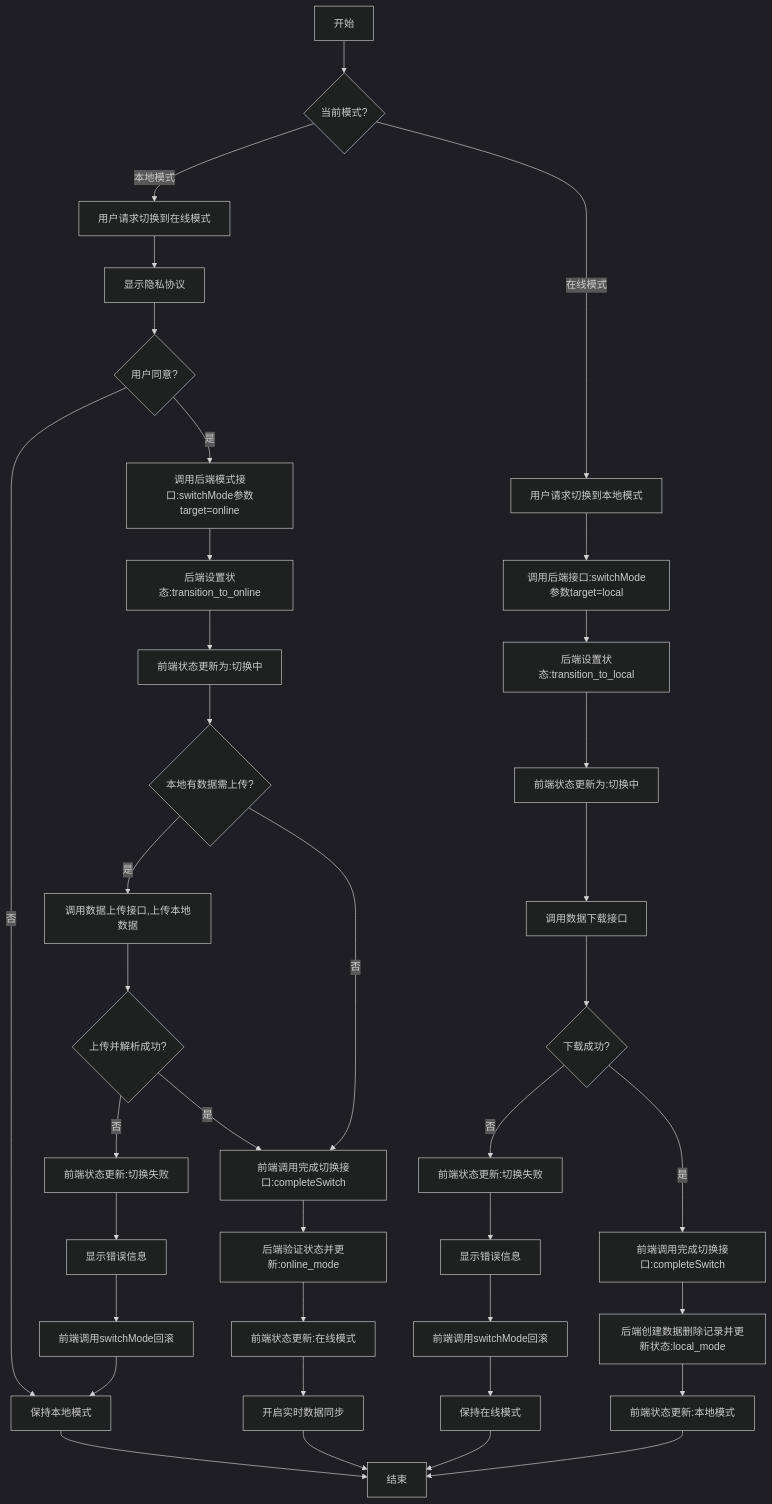
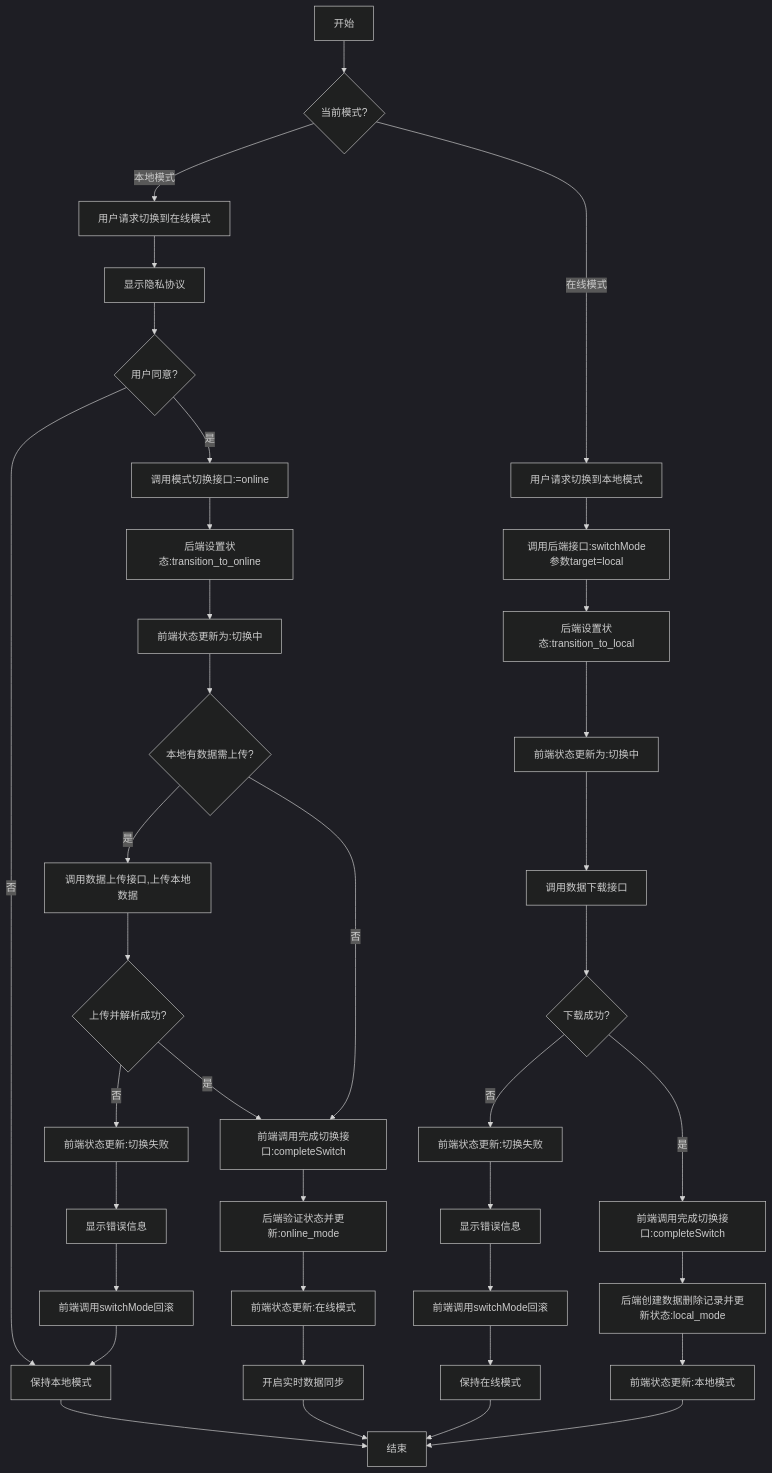
Before and after one commit to yingjianzh/iodraw-files: the diagram in all/未命名-58.md, drawn with Mermaid (dark theme).

Commit message:
2025-05-14 10:33:53 update

````diff
--- a/all/未命名-58.md
+++ b/all/未命名-58.md
@@ -1,51 +1,51 @@
 ```mermaid
 flowchart TD
     A[开始] --> B{当前模式?}
     
     %% 本地模式转在线模式
     B -->|本地模式| C[用户请求切换到在线模式]
     C --> D[显示隐私协议]
     D --> E{用户同意?}
     E -->|否| F[保持本地模式]
     F --> Z[结束]
     
-    E -->|是| G[调用后端模式接口:switchMode参数target=online]
+    E -->|是| G[调用模式切换接口:=online]
     G --> H[后端设置状态:transition_to_online]
     H --> I[前端状态更新为:切换中]
     
     I --> J{本地有数据需上传?}
     
     J -->|是| L[调用数据上传接口,上传本地数据]
     L --> M{上传并解析成功?}
     M -->|否| O[前端状态更新:切换失败]
     O --> P[显示错误信息]
     P --> Q[前端调用switchMode回滚]
     Q --> F
     
     J -->|否| R[前端调用完成切换接口:completeSwitch]
     M -->|是| R
     
     R --> S[后端验证状态并更新:online_mode]
     S --> T[前端状态更新:在线模式]
     T --> U[开启实时数据同步]
     U --> Z
     
     %% 在线模式转本地模式
     B -->|在线模式| V[用户请求切换到本地模式]
     V --> W[调用后端接口:switchMode参数target=local]
     W --> X[后端设置状态:transition_to_local]
     X --> Y[前端状态更新为:切换中]
     
     Y --> Z1[调用数据下载接口]
     Z1 --> AA{下载成功?}
     AA -->|否| AB[前端状态更新:切换失败]
     AB --> AC[显示错误信息]
     AC --> AD[前端调用switchMode回滚]
     AD --> AE[保持在线模式]
     AE --> Z
     
     AA -->|是| AF[前端调用完成切换接口:completeSwitch]
     AF --> AG[后端创建数据删除记录并更新状态:local_mode]
     AG --> AH[前端状态更新:本地模式]
     AH --> Z
 ```
````
